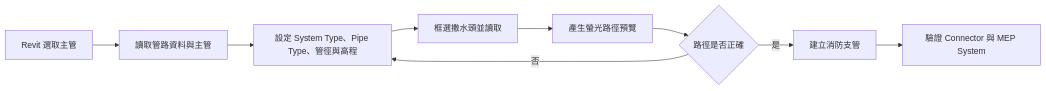
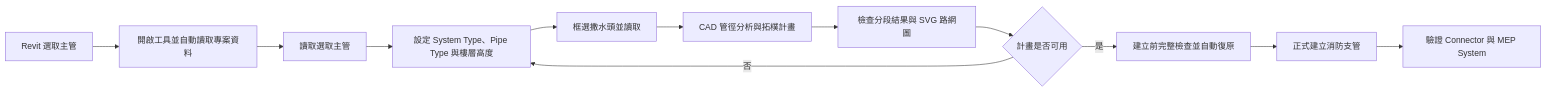
The first of 2 diagrams in README.md (NicheSam/SC-REVIT), drawn with Mermaid before and after one commit. The commit also changed other lines of this file and 200 other files, not shown here.

````diff
--- a/README.md
+++ b/README.md
@@ -58,11 +61,14 @@
 ```mermaid
 flowchart LR
-    A["Revit 選取主管"] --> B["讀取管路資料與主管"]
-    B --> C["設定 System Type、Pipe Type、管徑與高程"]
+    A["Revit 選取主管"] --> B["開啟工具並自動讀取專案資料"]
+    B --> B2["讀取選取主管"]
+    B2 --> C["設定 System Type、Pipe Type 與樓層高度"]
     C --> D["框選撒水頭並讀取"]
-    D --> E["產生螢光路徑預覽"]
-    E --> F{"路徑是否正確"}
-    F -- "否" --> C
-    F -- "是" --> G["建立消防支管"]
-    G --> H["驗證 Connector 與 MEP System"]
+    D --> E["CAD 管徑分析與拓樸計畫"]
+    E --> F["檢查分段結果與 SVG 路網圖"]
+    F --> G{"計畫是否可用"}
+    G -- "否" --> C
+    G -- "是" --> H["建立前完整檢查並自動復原"]
+    H --> I["正式建立消防支管"]
+    I --> J["驗證 Connector 與 MEP System"]
 ```
````
